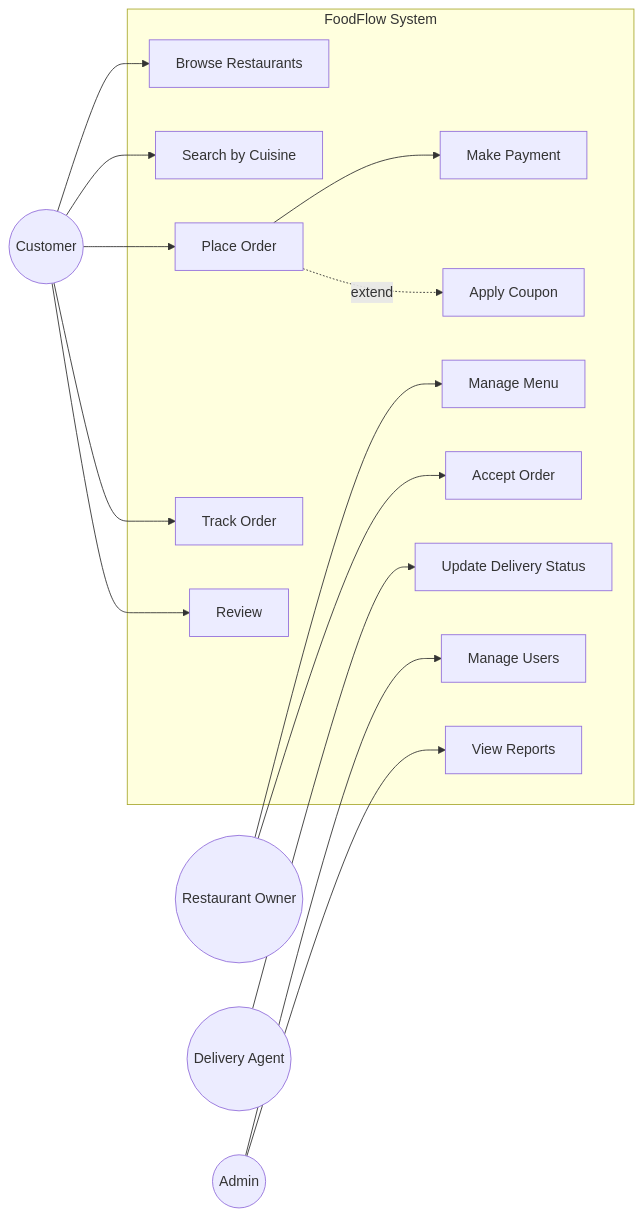
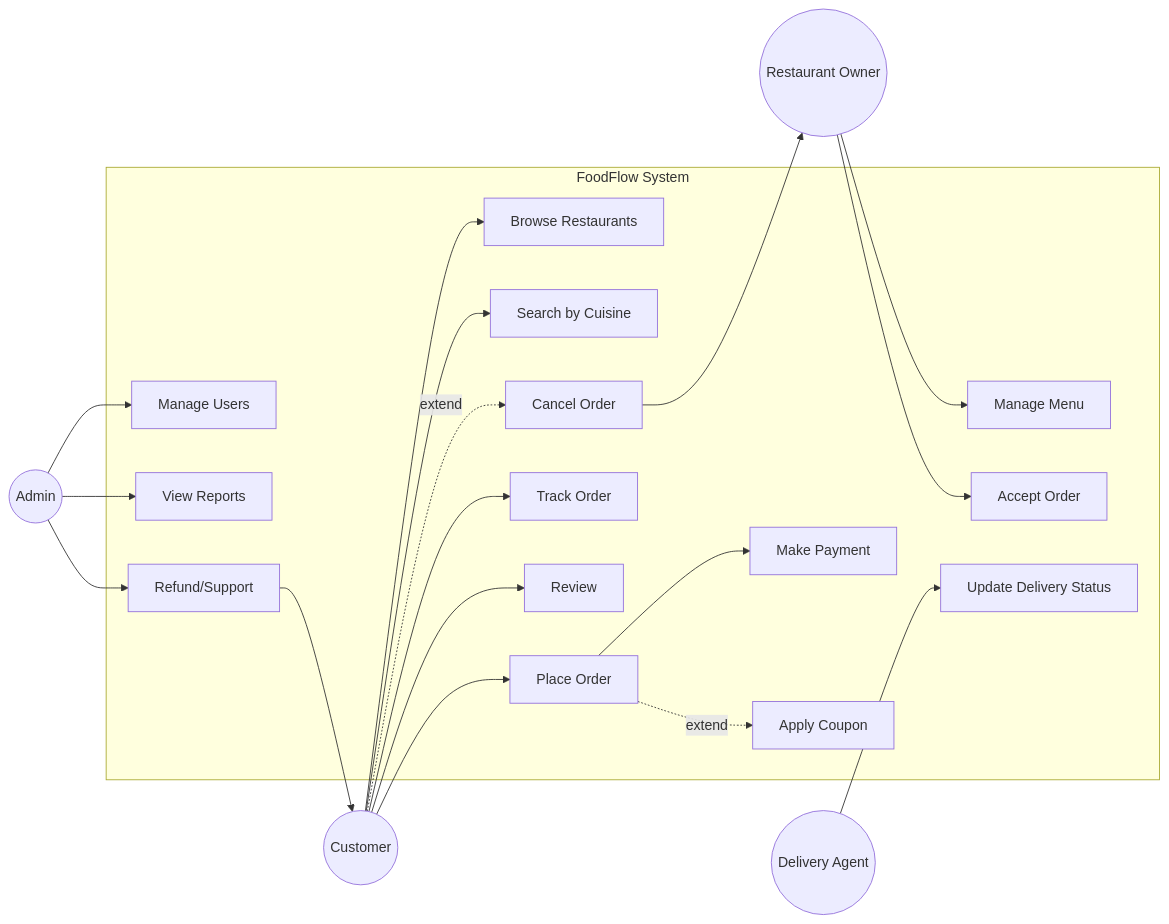
The diagram in week1/foodflow_usecases.md (AditiK1704/interview-prep-2026), drawn with Mermaid before and after one commit. The commit also changed 1 other file, not shown here.

Commit message:
Initial setup: course folder structure

````diff
--- a/week1/foodflow_usecases.md
+++ b/week1/foodflow_usecases.md
@@ -3,44 +3,49 @@
 ```mermaid
 %% graph means we are drawing a diagram.
 %% LR means the diagram is drawn Left to Right.
 %% The double brackets (( )) make them appear as circles in the diagram.
 %% Each square bracket [ ] represents a Use Case, A use case is simply something the user can do
 graph LR
     Customer((Customer))
     RestOwner((Restaurant Owner))
     Agent((Delivery Agent))
     Admin((Admin))
     %% subgraph FoodFlow System gives a title to the system, and all the use cases are listed inside it.
     %% --> indicates a relationship between the actor and the use case or between two use cases.
     %%  -.->|extend| indicates an extension relationship between two use cases. 
     subgraph FoodFlow System
         UC1[Browse Restaurants]
         UC2[Search by Cuisine]
         UC3[Place Order]
         UC4[Track Order]
         UC5[Make Payment]
         UC6[Apply Coupon]
         UC7[Manage Menu]
         UC8[Accept Order]
         UC9[Update Delivery Status]
         UC10[Manage Users]
         UC11[View Reports]
         UC12[Review]
+        UC13[Cancel Order]
+        UC14[Refund/Support]
     end
 
     Customer --> UC1
     Customer --> UC2
     Customer --> UC3
     Customer --> UC4
     Customer --> UC12
+    Customer -.->|extend| UC13
     UC3 --> UC5  
     UC3 -.->|extend| UC6
 
     RestOwner --> UC7
     RestOwner --> UC8
+    UC13 --> RestOwner
 
     Agent --> UC9
 
     Admin --> UC10
     Admin --> UC11
+    Admin --> UC14 --> Customer
 ```
````
